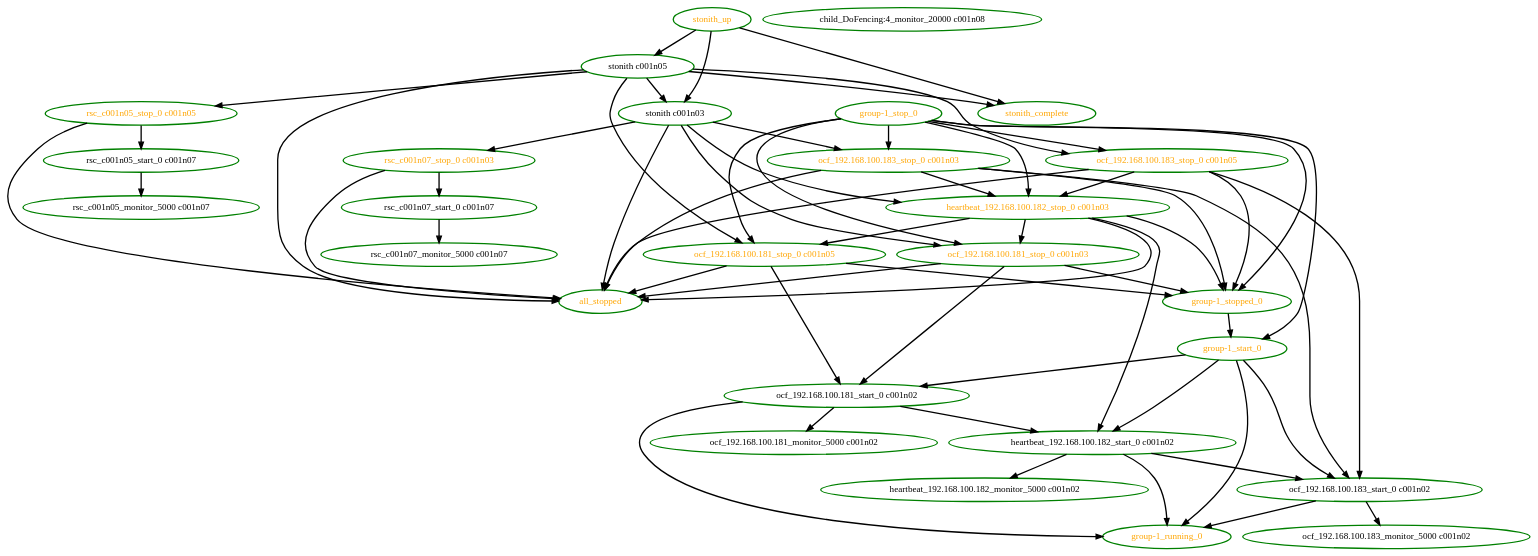
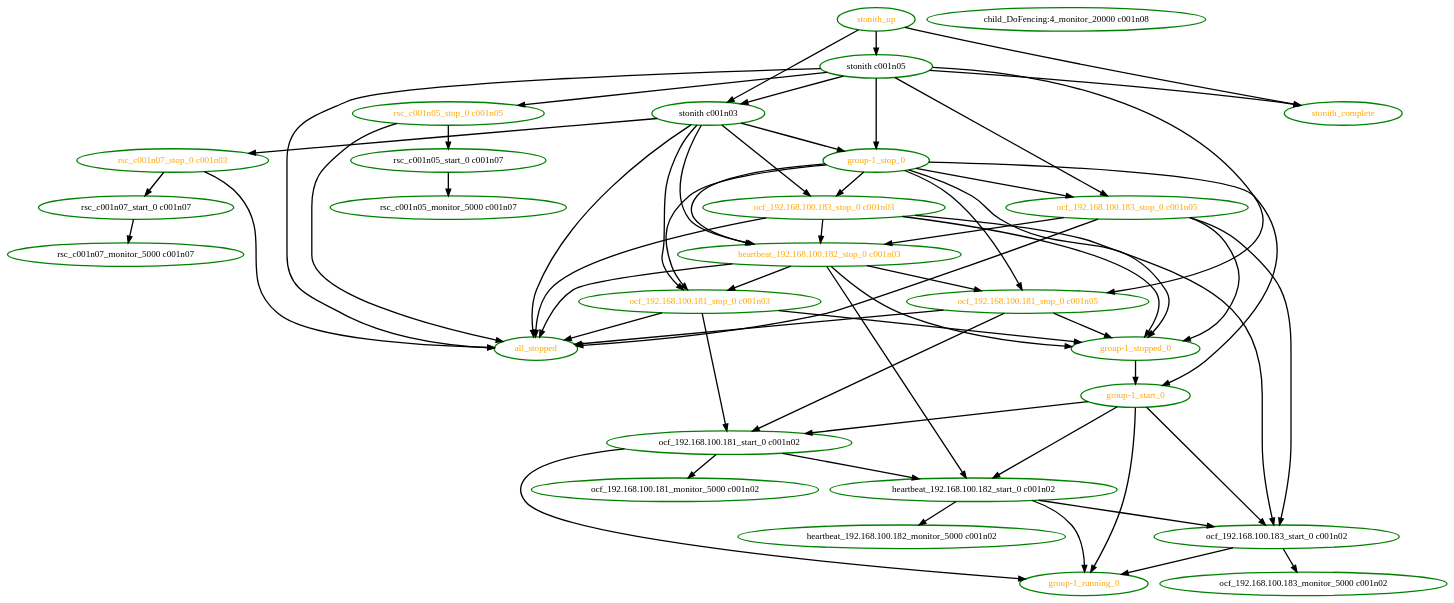
One commit to linux-ha-japan/pm_diskd changed the diagram in pengine/test10/stonith-0.dot. Above: the diagram before and after it, drawn with Graphviz. The commit also changed 14 other files, not shown here.

```diff
--- a/pengine/test10/stonith-0.dot
+++ b/pengine/test10/stonith-0.dot
@@ -1,88 +1,90 @@
  digraph "g" {
 "all_stopped" [ style=bold color="green" fontcolor="orange"  ]
 "child_DoFencing:4_monitor_20000 c001n08" [ style=bold color="green" fontcolor="black" ]
 "group-1_running_0" [ style=bold color="green" fontcolor="orange" ]
 "group-1_start_0" -> "group-1_running_0" [ style = bold]
 "group-1_start_0" -> "heartbeat_192.168.100.182_start_0 c001n02" [ style = bold]
 "group-1_start_0" -> "ocf_192.168.100.181_start_0 c001n02" [ style = bold]
 "group-1_start_0" -> "ocf_192.168.100.183_start_0 c001n02" [ style = bold]
 "group-1_start_0" [ style=bold color="green" fontcolor="orange" ]
 "group-1_stop_0" -> "group-1_start_0" [ style = bold]
 "group-1_stop_0" -> "group-1_stopped_0" [ style = bold]
 "group-1_stop_0" -> "heartbeat_192.168.100.182_stop_0 c001n03" [ style = bold]
 "group-1_stop_0" -> "ocf_192.168.100.181_stop_0 c001n03" [ style = bold]
 "group-1_stop_0" -> "ocf_192.168.100.181_stop_0 c001n05" [ style = bold]
 "group-1_stop_0" -> "ocf_192.168.100.183_stop_0 c001n03" [ style = bold]
 "group-1_stop_0" -> "ocf_192.168.100.183_stop_0 c001n05" [ style = bold]
 "group-1_stop_0" [ style=bold color="green" fontcolor="orange" ]
 "group-1_stopped_0" -> "group-1_start_0" [ style = bold]
 "group-1_stopped_0" [ style=bold color="green" fontcolor="orange" ]
 "heartbeat_192.168.100.182_monitor_5000 c001n02" [ style=bold color="green" fontcolor="black" ]
 "heartbeat_192.168.100.182_start_0 c001n02" -> "group-1_running_0" [ style = bold]
 "heartbeat_192.168.100.182_start_0 c001n02" -> "heartbeat_192.168.100.182_monitor_5000 c001n02" [ style = bold]
 "heartbeat_192.168.100.182_start_0 c001n02" -> "ocf_192.168.100.183_start_0 c001n02" [ style = bold]
 "heartbeat_192.168.100.182_start_0 c001n02" [ style=bold color="green" fontcolor="black" ]
 "heartbeat_192.168.100.182_stop_0 c001n03" -> "all_stopped" [ style = bold]
 "heartbeat_192.168.100.182_stop_0 c001n03" -> "group-1_stopped_0" [ style = bold]
 "heartbeat_192.168.100.182_stop_0 c001n03" -> "heartbeat_192.168.100.182_start_0 c001n02" [ style = bold]
 "heartbeat_192.168.100.182_stop_0 c001n03" -> "ocf_192.168.100.181_stop_0 c001n03" [ style = bold]
 "heartbeat_192.168.100.182_stop_0 c001n03" -> "ocf_192.168.100.181_stop_0 c001n05" [ style = bold]
 "heartbeat_192.168.100.182_stop_0 c001n03" [ style=bold color="green" fontcolor="orange"  ]
 "ocf_192.168.100.181_monitor_5000 c001n02" [ style=bold color="green" fontcolor="black" ]
 "ocf_192.168.100.181_start_0 c001n02" -> "group-1_running_0" [ style = bold]
 "ocf_192.168.100.181_start_0 c001n02" -> "heartbeat_192.168.100.182_start_0 c001n02" [ style = bold]
 "ocf_192.168.100.181_start_0 c001n02" -> "ocf_192.168.100.181_monitor_5000 c001n02" [ style = bold]
 "ocf_192.168.100.181_start_0 c001n02" [ style=bold color="green" fontcolor="black" ]
 "ocf_192.168.100.181_stop_0 c001n03" -> "all_stopped" [ style = bold]
 "ocf_192.168.100.181_stop_0 c001n03" -> "group-1_stopped_0" [ style = bold]
 "ocf_192.168.100.181_stop_0 c001n03" -> "ocf_192.168.100.181_start_0 c001n02" [ style = bold]
 "ocf_192.168.100.181_stop_0 c001n03" [ style=bold color="green" fontcolor="orange"  ]
 "ocf_192.168.100.181_stop_0 c001n05" -> "all_stopped" [ style = bold]
 "ocf_192.168.100.181_stop_0 c001n05" -> "group-1_stopped_0" [ style = bold]
 "ocf_192.168.100.181_stop_0 c001n05" -> "ocf_192.168.100.181_start_0 c001n02" [ style = bold]
 "ocf_192.168.100.181_stop_0 c001n05" [ style=bold color="green" fontcolor="orange"  ]
 "ocf_192.168.100.183_monitor_5000 c001n02" [ style=bold color="green" fontcolor="black" ]
 "ocf_192.168.100.183_start_0 c001n02" -> "group-1_running_0" [ style = bold]
 "ocf_192.168.100.183_start_0 c001n02" -> "ocf_192.168.100.183_monitor_5000 c001n02" [ style = bold]
 "ocf_192.168.100.183_start_0 c001n02" [ style=bold color="green" fontcolor="black" ]
 "ocf_192.168.100.183_stop_0 c001n03" -> "all_stopped" [ style = bold]
 "ocf_192.168.100.183_stop_0 c001n03" -> "group-1_stopped_0" [ style = bold]
 "ocf_192.168.100.183_stop_0 c001n03" -> "heartbeat_192.168.100.182_stop_0 c001n03" [ style = bold]
 "ocf_192.168.100.183_stop_0 c001n03" -> "ocf_192.168.100.183_start_0 c001n02" [ style = bold]
 "ocf_192.168.100.183_stop_0 c001n03" [ style=bold color="green" fontcolor="orange" ]
 "ocf_192.168.100.183_stop_0 c001n05" -> "all_stopped" [ style = bold]
 "ocf_192.168.100.183_stop_0 c001n05" -> "group-1_stopped_0" [ style = bold]
 "ocf_192.168.100.183_stop_0 c001n05" -> "heartbeat_192.168.100.182_stop_0 c001n03" [ style = bold]
 "ocf_192.168.100.183_stop_0 c001n05" -> "ocf_192.168.100.183_start_0 c001n02" [ style = bold]
 "ocf_192.168.100.183_stop_0 c001n05" [ style=bold color="green" fontcolor="orange" ]
 "rsc_c001n05_monitor_5000 c001n07" [ style=bold color="green" fontcolor="black" ]
 "rsc_c001n05_start_0 c001n07" -> "rsc_c001n05_monitor_5000 c001n07" [ style = bold]
 "rsc_c001n05_start_0 c001n07" [ style=bold color="green" fontcolor="black" ]
 "rsc_c001n05_stop_0 c001n05" -> "all_stopped" [ style = bold]
 "rsc_c001n05_stop_0 c001n05" -> "rsc_c001n05_start_0 c001n07" [ style = bold]
 "rsc_c001n05_stop_0 c001n05" [ style=bold color="green" fontcolor="orange" ]
 "rsc_c001n07_monitor_5000 c001n07" [ style=bold color="green" fontcolor="black" ]
 "rsc_c001n07_start_0 c001n07" -> "rsc_c001n07_monitor_5000 c001n07" [ style = bold]
 "rsc_c001n07_start_0 c001n07" [ style=bold color="green" fontcolor="black" ]
 "rsc_c001n07_stop_0 c001n03" -> "all_stopped" [ style = bold]
 "rsc_c001n07_stop_0 c001n03" -> "rsc_c001n07_start_0 c001n07" [ style = bold]
 "rsc_c001n07_stop_0 c001n03" [ style=bold color="green" fontcolor="orange" ]
 "stonith c001n03" -> "all_stopped" [ style = bold]
+"stonith c001n03" -> "group-1_stop_0" [ style = bold]
 "stonith c001n03" -> "heartbeat_192.168.100.182_stop_0 c001n03" [ style = bold]
 "stonith c001n03" -> "ocf_192.168.100.181_stop_0 c001n03" [ style = bold]
 "stonith c001n03" -> "ocf_192.168.100.183_stop_0 c001n03" [ style = bold]
 "stonith c001n03" -> "rsc_c001n07_stop_0 c001n03" [ style = bold]
 "stonith c001n03" [ style=bold color="green" fontcolor="black" ]
 "stonith c001n05" -> "all_stopped" [ style = bold]
+"stonith c001n05" -> "group-1_stop_0" [ style = bold]
 "stonith c001n05" -> "ocf_192.168.100.181_stop_0 c001n05" [ style = bold]
 "stonith c001n05" -> "ocf_192.168.100.183_stop_0 c001n05" [ style = bold]
 "stonith c001n05" -> "rsc_c001n05_stop_0 c001n05" [ style = bold]
 "stonith c001n05" -> "stonith c001n03" [ style = bold]
 "stonith c001n05" -> "stonith_complete" [ style = bold]
 "stonith c001n05" [ style=bold color="green" fontcolor="black" ]
 "stonith_complete" [ style=bold color="green" fontcolor="orange"  ]
 "stonith_up" -> "stonith c001n03" [ style = bold]
 "stonith_up" -> "stonith c001n05" [ style = bold]
 "stonith_up" -> "stonith_complete" [ style = bold]
 "stonith_up" [ style=bold color="green" fontcolor="orange"  ]
 }
```
